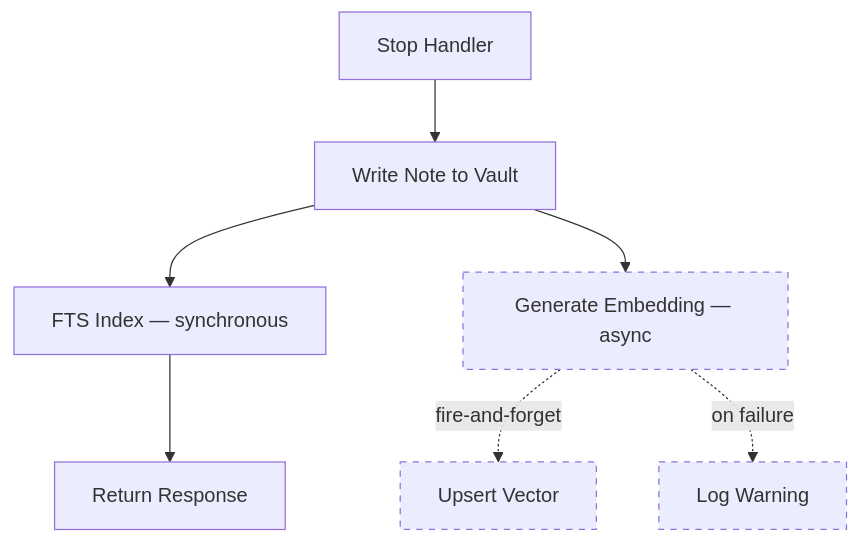
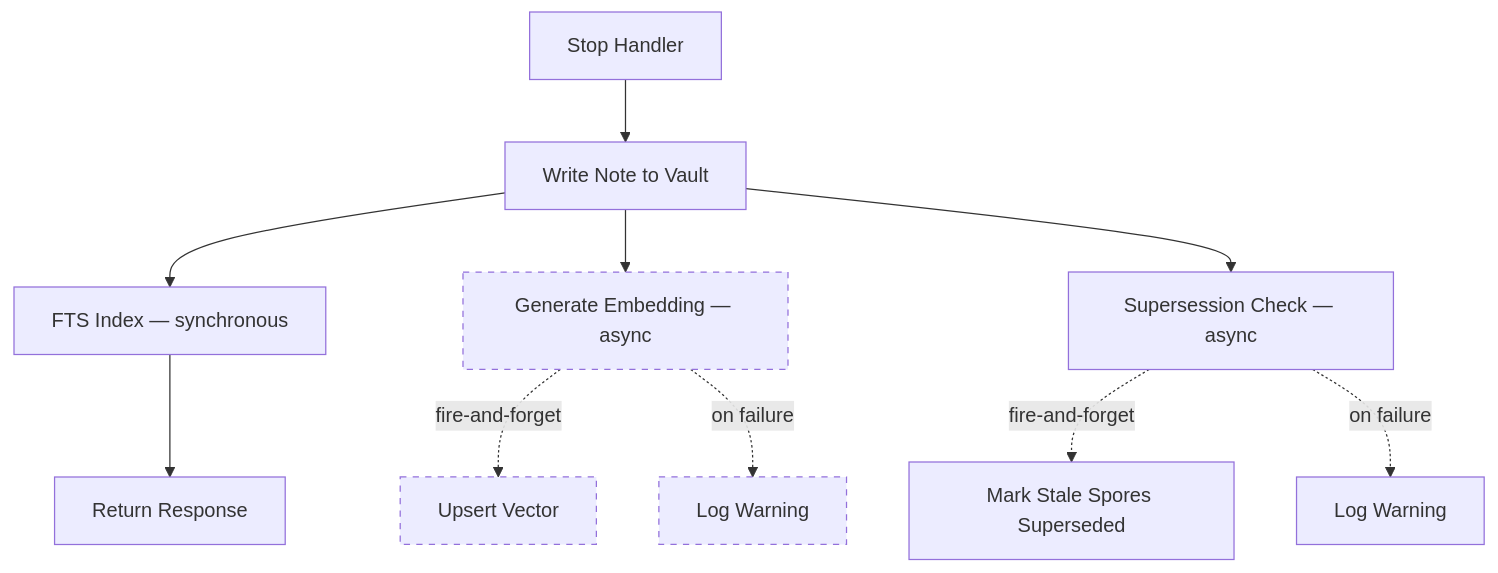
Before and after one commit to goondocks-co/myco: the sixth of 9 diagrams in docs/lifecycle.md, drawn with Mermaid. The commit also changed other lines of this file and 36 other files, not shown here.

````diff
--- a/docs/lifecycle.md
+++ b/docs/lifecycle.md
@@ -150,13 +182,16 @@
 ```mermaid
 flowchart TD
     Stop[Stop Handler] --> Write[Write Note to Vault]
     Write --> Index[FTS Index — synchronous]
     Write --> Embed[Generate Embedding — async]
+    Write --> Curate[Supersession Check — async]
     Index --> Respond[Return Response]
     Embed -.->|fire-and-forget| Vec[Upsert Vector]
     Embed -.->|on failure| Log[Log Warning]
+    Curate -.->|fire-and-forget| Supersede[Mark Stale Spores Superseded]
+    Curate -.->|on failure| Log2[Log Warning]
 
     style Embed stroke-dasharray: 5 5
     style Vec stroke-dasharray: 5 5
     style Log stroke-dasharray: 5 5
 ```
````
